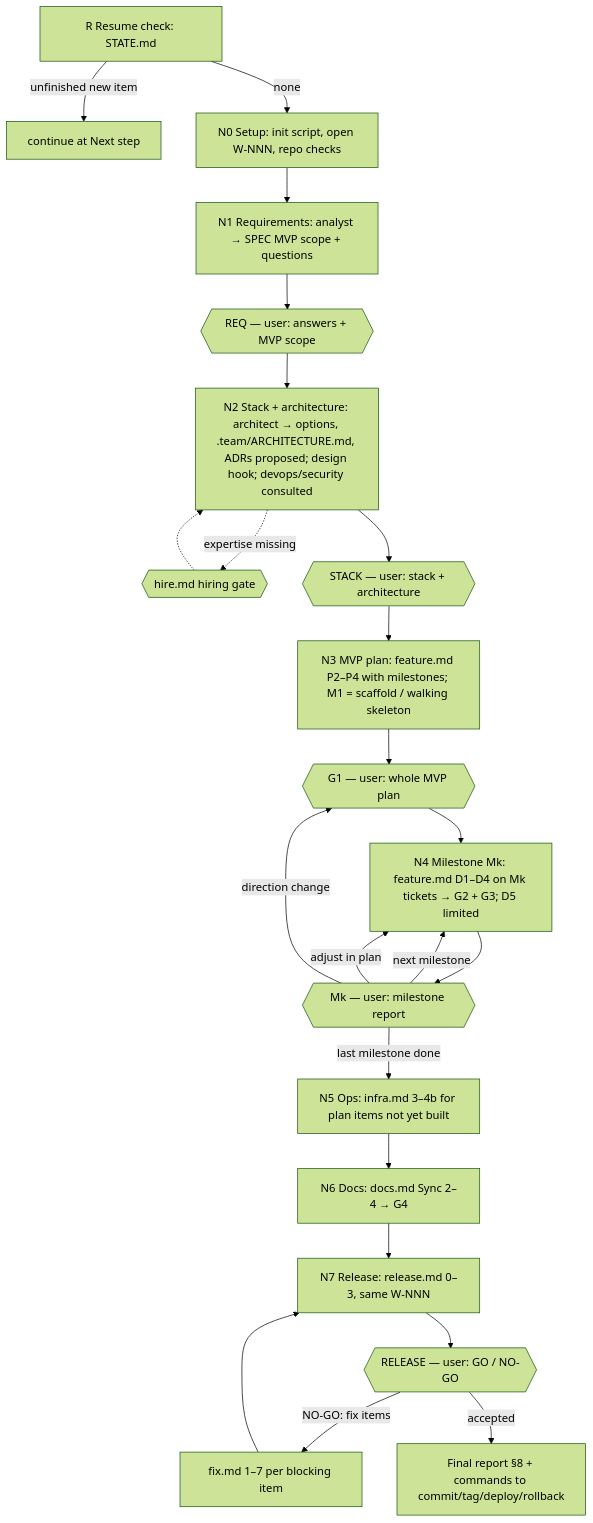
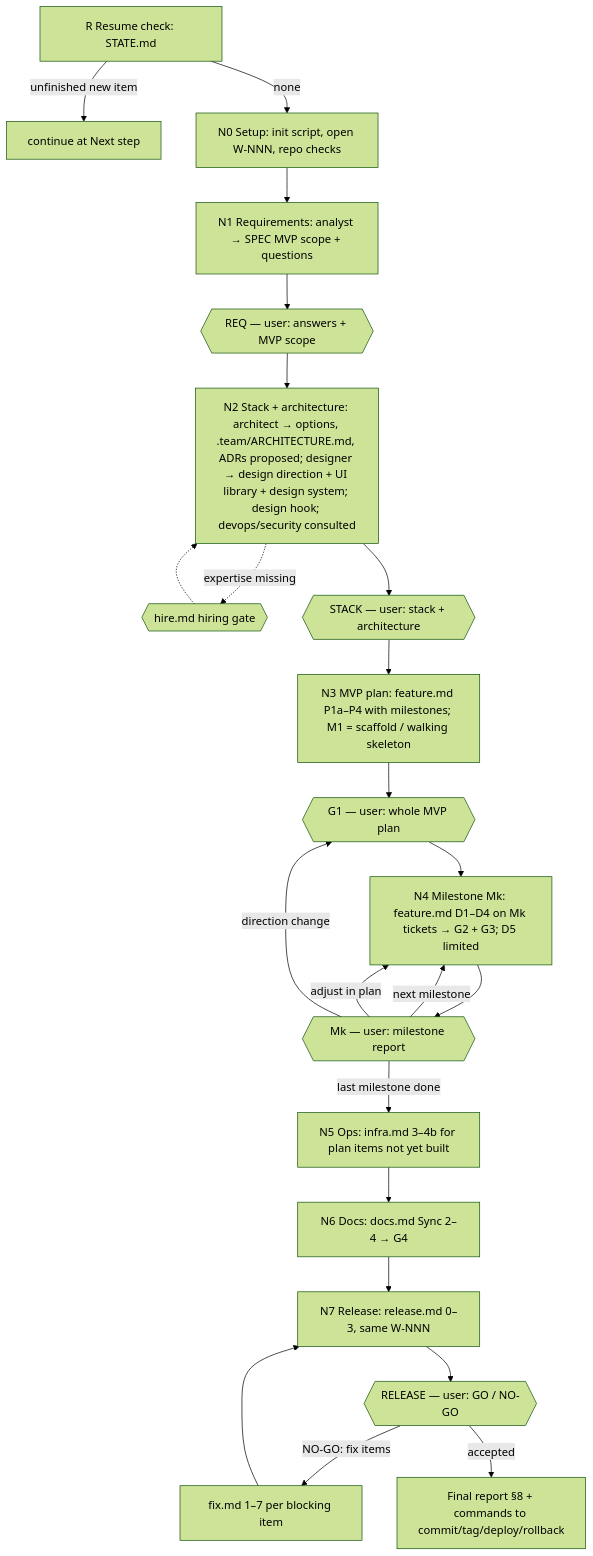
The diagram in commands/new.md (Tuan-Quyen/technical-teams), drawn with Mermaid (forest theme) before and after one commit. The commit also changed other lines of this file and 22 other files, not shown here.

````diff
--- a/commands/new.md
+++ b/commands/new.md
@@ -44,24 +44,24 @@
 ```mermaid
 flowchart TD
   R0[R Resume check: STATE.md] -->|unfinished new item| RES[continue at Next step]
   R0 -->|none| N0[N0 Setup: init script, open W-NNN, repo checks]
   N0 --> N1[N1 Requirements: analyst → SPEC MVP scope + questions]
   N1 --> REQ{{REQ — user: answers + MVP scope}}
-  REQ --> N2[N2 Stack + architecture: architect → options, .team/ARCHITECTURE.md, ADRs proposed; design hook; devops/security consulted]
+  REQ --> N2[N2 Stack + architecture: architect → options, .team/ARCHITECTURE.md, ADRs proposed; designer → design direction + UI library + design system; design hook; devops/security consulted]
   N2 -. expertise missing .-> HIRE{{hire.md hiring gate}}
   HIRE -.-> N2
   N2 --> STACK{{STACK — user: stack + architecture}}
-  STACK --> N3[N3 MVP plan: feature.md P2–P4 with milestones; M1 = scaffold / walking skeleton]
+  STACK --> N3[N3 MVP plan: feature.md P1a–P4 with milestones; M1 = scaffold / walking skeleton]
   N3 --> G1{{G1 — user: whole MVP plan}}
   G1 --> N4[N4 Milestone Mk: feature.md D1–D4 on Mk tickets → G2 + G3; D5 limited]
   N4 --> MK{{Mk — user: milestone report}}
   MK -- next milestone --> N4
   MK -- adjust in plan --> N4
   MK -- direction change --> G1
   MK -- last milestone done --> N5[N5 Ops: infra.md 3–4b for plan items not yet built]
   N5 --> N6[N6 Docs: docs.md Sync 2–4 → G4]
   N6 --> N7[N7 Release: release.md 0–3, same W-NNN]
   N7 --> REL{{RELEASE — user: GO / NO-GO}}
   REL -- NO-GO: fix items --> FX[fix.md 1–7 per blocking item] --> N7
   REL -- accepted --> END[Final report §8 + commands to commit/tag/deploy/rollback]
 ```
````
